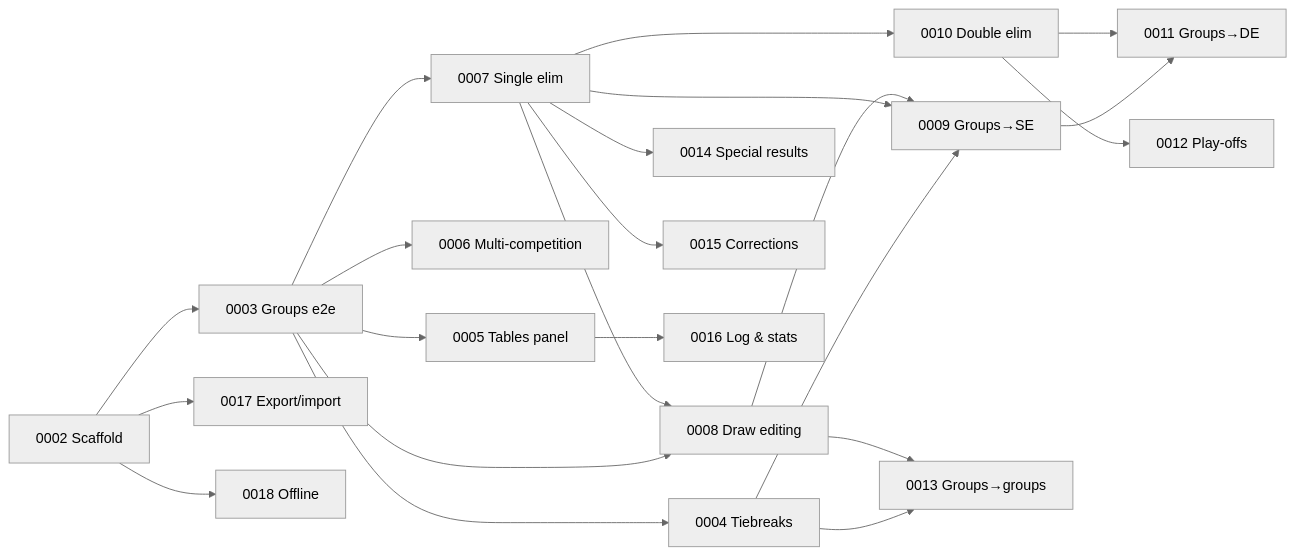
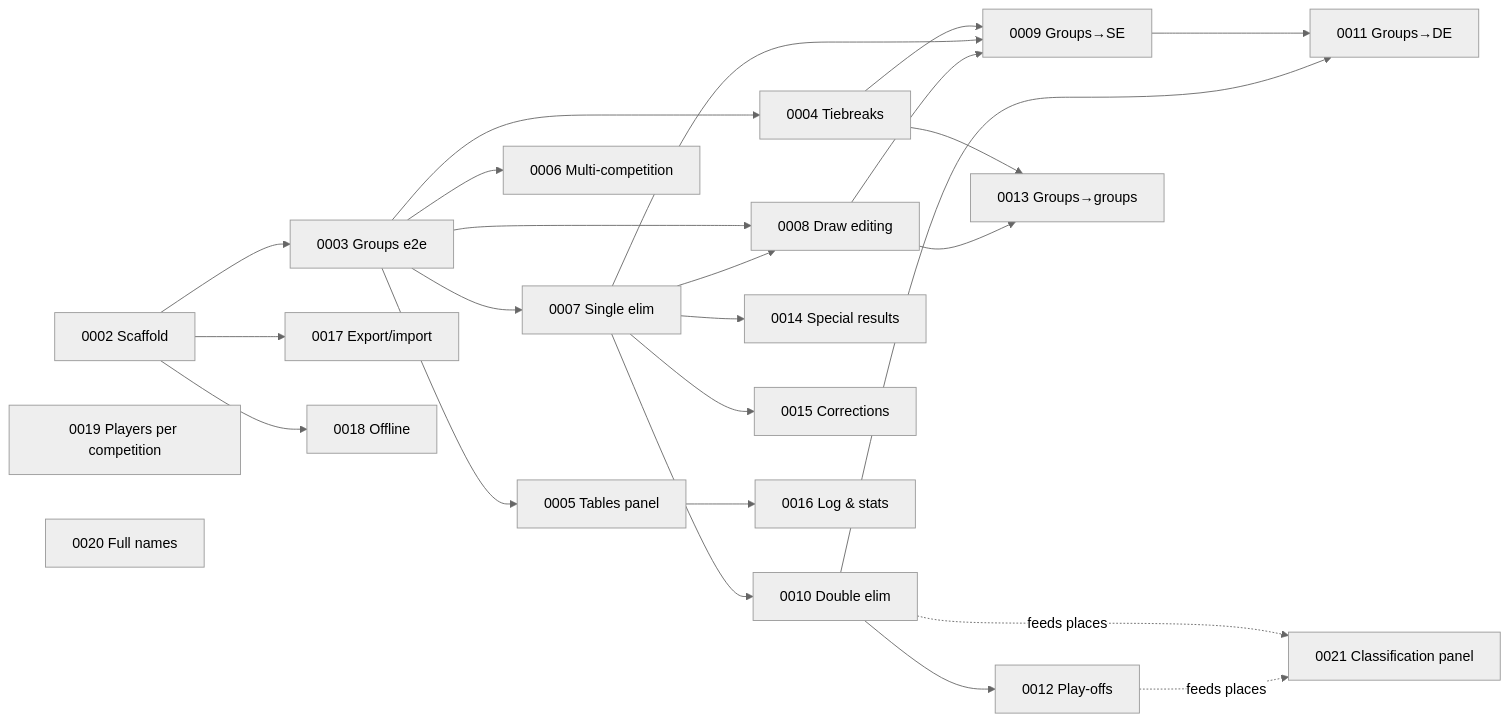
The diagram in issues/BOARD.md (Blejwi/tournament), drawn with Mermaid (neutral theme) before and after one commit. The commit also changed other lines of this file and 6 other files, not shown here.

First line of the commit message:
Add tickets #0019-#0021: per-competition player registration, full names on canvas, classification panel

````diff
--- a/issues/BOARD.md
+++ b/issues/BOARD.md
@@ -50,24 +53,29 @@
 ```mermaid
 graph LR
   T2[0002 Scaffold] --> T3[0003 Groups e2e]
   T2 --> T17[0017 Export/import]
   T2 --> T18[0018 Offline]
   T3 --> T4[0004 Tiebreaks]
   T3 --> T5[0005 Tables panel]
   T3 --> T6[0006 Multi-competition]
   T3 --> T7[0007 Single elim]
   T3 --> T8[0008 Draw editing]
   T7 --> T8
   T4 --> T9[0009 Groups→SE]
   T7 --> T9
   T8 --> T9
   T7 --> T10[0010 Double elim]
   T9 --> T11[0011 Groups→DE]
   T10 --> T11
   T10 --> T12[0012 Play-offs]
   T4 --> T13[0013 Groups→groups]
   T8 --> T13
   T7 --> T14[0014 Special results]
   T7 --> T15[0015 Corrections]
   T5 --> T16[0016 Log & stats]
+  T19[0019 Players per competition]
+  T20[0020 Full names]
+  T21[0021 Classification panel]
+  T10 -.feeds places.-> T21
+  T12 -.feeds places.-> T21
 ```
````
